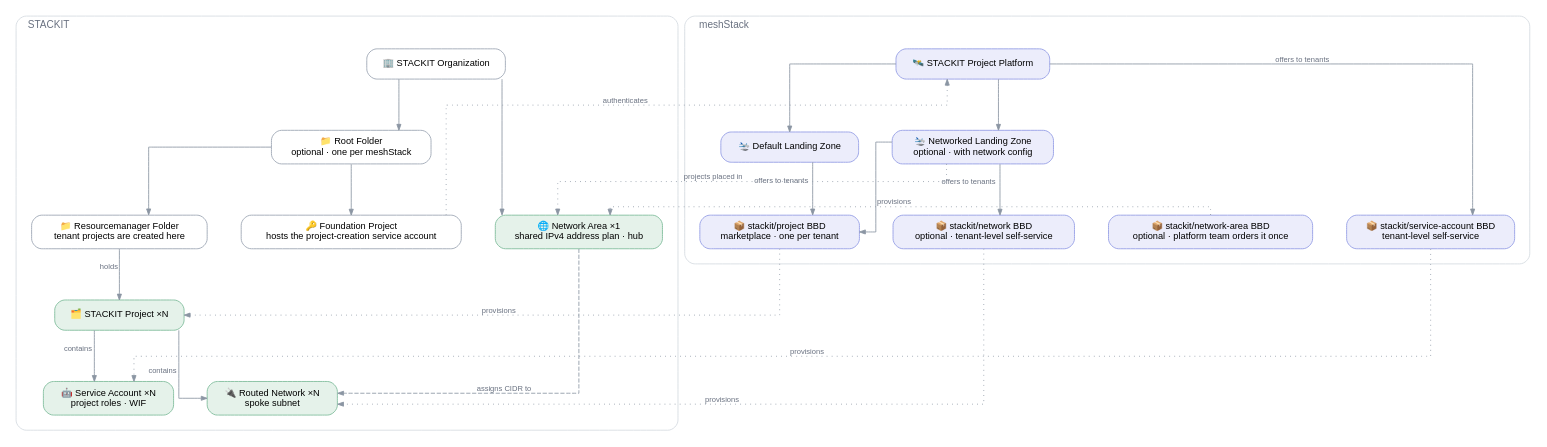
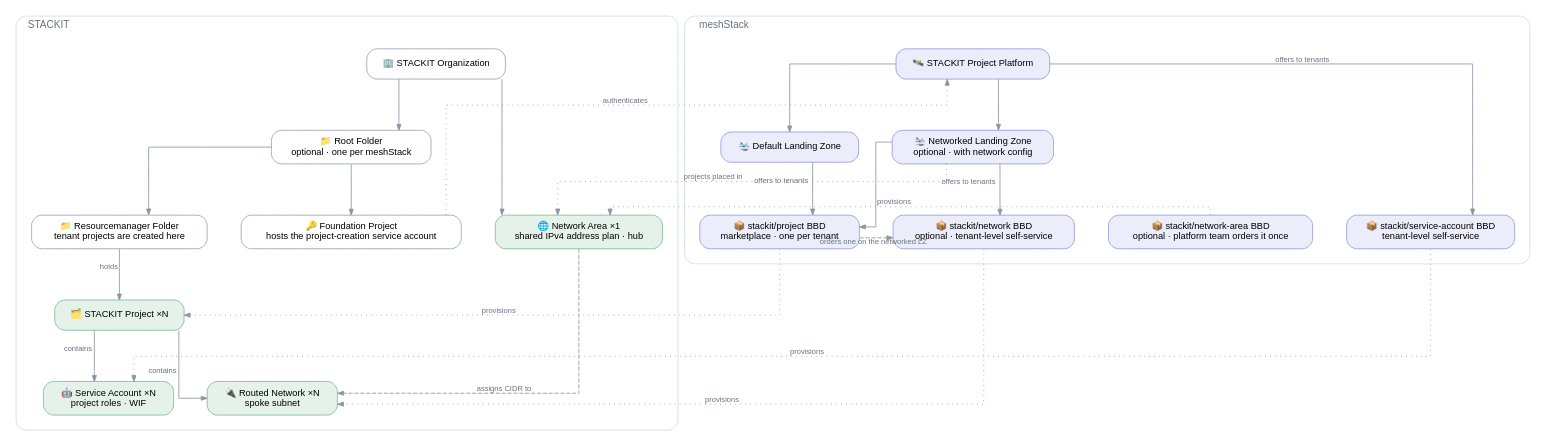
The diagram in reference-architectures/stackit-landingzone/stackit-landingzone.dot (meshcloud/meshstack-hub), drawn with Graphviz before and after one commit. The commit also changed 28 other files, not shown here.

```diff
--- a/reference-architectures/stackit-landingzone/stackit-landingzone.dot
+++ b/reference-architectures/stackit-landingzone/stackit-landingzone.dot
@@ -1,77 +1,78 @@
 /*
  * STACKIT Landing Zone reference architecture.
  * Conventions: .agents/references/diagrams.md — render with: task diagrams
  */
 digraph stackit_landingzone {
   rankdir=TB
   splines=ortho
   forcelabels=true
   bgcolor="white"
   nodesep=0.55
   ranksep=0.85
 
   node [shape=box style="rounded,filled" fontname="Helvetica" fontsize=11
         fillcolor="#ffffff" color="#a2abb8" penwidth=1.1 margin="0.20,0.11"]
   edge [fontname="Helvetica" fontsize=9 fontcolor="#697180" color="#8b95a3" arrowsize=0.7]
 
   subgraph cluster_stackit {
     label="  STACKIT"
     labeljust=l
     fontname="Helvetica" fontsize=12 fontcolor="#697180"
     style="rounded" color="#d5dae0"
     margin=18
 
     ORG    [label="🏢 STACKIT Organization" fillcolor="#ffffff" color="#a2abb8"]
     ROOT   [label="📁 Root Folder\noptional · one per meshStack" fillcolor="#ffffff" color="#a2abb8"]
     FOUND  [label="🔑 Foundation Project\nhosts the project-creation service account" fillcolor="#ffffff" color="#a2abb8"]
     FOLDER [label="📁 Resourcemanager Folder\ntenant projects are created here" fillcolor="#ffffff" color="#a2abb8"]
     NA     [label="🌐 Network Area ×1\nshared IPv4 address plan · hub" fillcolor="#e5f2ea" color="#85bfa0"]
     PRJ    [label="🗂️ STACKIT Project ×N" fillcolor="#e5f2ea" color="#85bfa0"]
     SA     [label="🤖 Service Account ×N\nproject roles · WIF" fillcolor="#e5f2ea" color="#85bfa0"]
     SPOKE  [label="🔌 Routed Network ×N\nspoke subnet" fillcolor="#e5f2ea" color="#85bfa0"]
 
     { rank=same; FOUND -> FOLDER -> NA [style=invis] }
 
     ORG    -> ROOT
     ROOT   -> FOUND
     ROOT   -> FOLDER
     ORG    -> NA
     FOLDER -> PRJ   [xlabel="holds"]
     PRJ    -> SA    [xlabel="contains"]
     PRJ    -> SPOKE [xlabel="contains"]
     NA     -> SPOKE [xlabel="assigns CIDR to" style=dashed constraint=false]
   }
 
   subgraph cluster_mesh {
     label="  meshStack"
     labeljust=l
     fontname="Helvetica" fontsize=12 fontcolor="#697180"
     style="rounded" color="#d5dae0"
     margin=18
 
     PLAT     [label="🛰️ STACKIT Project Platform" fillcolor="#ecedfb" color="#9aa2e6"]
     DEFLZ    [label="🛬 Default Landing Zone" fillcolor="#ecedfb" color="#9aa2e6"]
     NETLZ    [label="🛬 Networked Landing Zone\noptional · with network config" fillcolor="#ecedfb" color="#9aa2e6"]
     PRJBBD   [label="📦 stackit/project BBD\nmarketplace · one per tenant" fillcolor="#ecedfb" color="#9aa2e6"]
     SABBD    [label="📦 stackit/service-account BBD\ntenant-level self-service" fillcolor="#ecedfb" color="#9aa2e6"]
     NABBD    [label="📦 stackit/network-area BBD\noptional · platform team orders it once" fillcolor="#ecedfb" color="#9aa2e6"]
     SPOKEBBD [label="📦 stackit/network BBD\noptional · tenant-level self-service" fillcolor="#ecedfb" color="#9aa2e6"]
 
     { rank=same; DEFLZ -> NETLZ [style=invis] }
     { rank=same; PRJBBD -> SABBD -> SPOKEBBD -> NABBD [style=invis] }
 
     PLAT  -> DEFLZ
     PLAT  -> NETLZ
     DEFLZ -> PRJBBD   [xlabel="offers to tenants"]
     NETLZ -> PRJBBD
     PLAT  -> SABBD    [xlabel="offers to tenants"]
     NETLZ -> SPOKEBBD [xlabel="offers to tenants"]
   }
 
   FOUND    -> PLAT  [xlabel="authenticates" style=dotted constraint=false]
   PRJBBD   -> PRJ   [xlabel="provisions" style=dotted constraint=false]
   SABBD    -> SA    [xlabel="provisions" style=dotted constraint=false]
   NABBD    -> NA    [xlabel="provisions" style=dotted constraint=false]
   SPOKEBBD -> SPOKE [xlabel="provisions" style=dotted constraint=false]
+  PRJBBD   -> SPOKEBBD [xlabel="orders one on the networked LZ" style=dashed constraint=false]
   NETLZ    -> NA    [xlabel="projects placed in" style=dotted constraint=false]
 }
```
